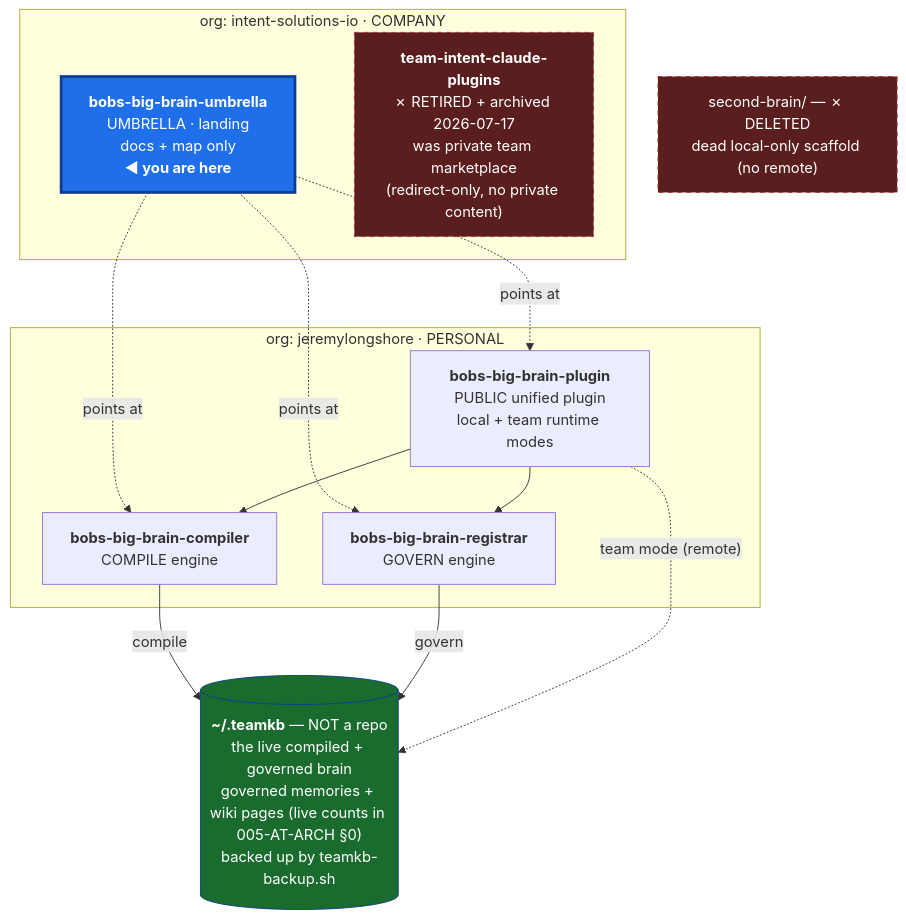
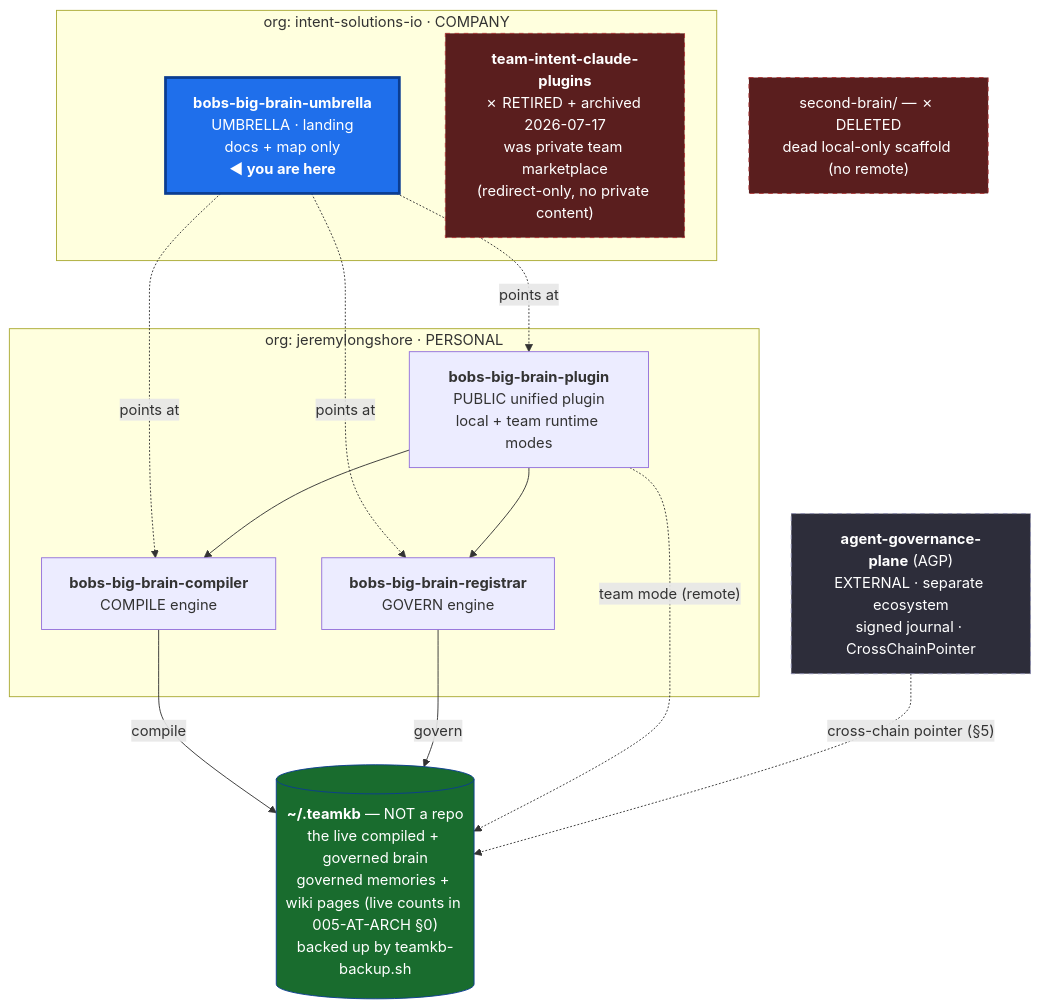
One commit to intent-solutions-io/bobs-big-brain-umbrella changed the diagram in 000-docs/007-AT-SMAP-repo-topology-and-working-surface.md. Above: the diagram before and after it, drawn with Mermaid. The commit also changed other lines of this file and 1 other file, not shown here.

First line of the commit message:
docs(seam): document the AGP cross-chain agent-brain seam in the topology map (#56)

````diff
--- a/000-docs/007-AT-SMAP-repo-topology-and-working-surface.md
+++ b/000-docs/007-AT-SMAP-repo-topology-and-working-surface.md
@@ -20,28 +20,31 @@
 ```mermaid
 flowchart TB
   subgraph ISO["org: intent-solutions-io  ·  COMPANY"]
     UMB["<b>bobs-big-brain-umbrella</b><br/>UMBRELLA · landing<br/>docs + map only<br/><b>◀ you are here</b>"]
     MKT["<b>team-intent-claude-plugins</b><br/>✗ RETIRED + archived 2026-07-17<br/>was private team marketplace<br/>(redirect-only, no private content)"]
   end
   subgraph JL["org: jeremylongshore  ·  PERSONAL"]
     ICO["<b>bobs-big-brain-compiler</b><br/>COMPILE engine"]
     INTKB["<b>bobs-big-brain-registrar</b><br/>GOVERN engine"]
     PLUG["<b>bobs-big-brain-plugin</b><br/>PUBLIC unified plugin<br/>local + team runtime modes"]
   end
   DATA[("<b>~/.teamkb</b> — NOT a repo<br/>the live compiled + governed brain<br/>governed memories + wiki pages (live counts in 005-AT-ARCH §0)<br/>backed up by teamkb-backup.sh")]
   CRUFT["second-brain/ — ✗ DELETED<br/>dead local-only scaffold (no remote)"]
+  AGP["<b>agent-governance-plane</b> (AGP)<br/>EXTERNAL · separate ecosystem<br/>signed journal · CrossChainPointer"]
 
   UMB -. points at .-> ICO
   UMB -. points at .-> INTKB
   UMB -. points at .-> PLUG
   PLUG --> ICO
   PLUG --> INTKB
   ICO -- compile --> DATA
   INTKB -- govern --> DATA
   PLUG -. team mode (remote) .-> DATA
+  AGP -. "cross-chain pointer (§5)" .-> DATA
 
   style UMB fill:#1f6feb,stroke:#0b3d91,stroke-width:3px,color:#ffffff
   style DATA fill:#196c2e,stroke:#0b3d91,color:#ffffff
   style MKT fill:#5a1e1e,stroke:#a33,stroke-dasharray:5 5,color:#ffffff
   style CRUFT fill:#5a1e1e,stroke:#a33,stroke-dasharray:5 5,color:#ffffff
+  style AGP fill:#2d2d3a,stroke:#8888aa,stroke-dasharray:5 5,color:#ffffff
 ```
````
